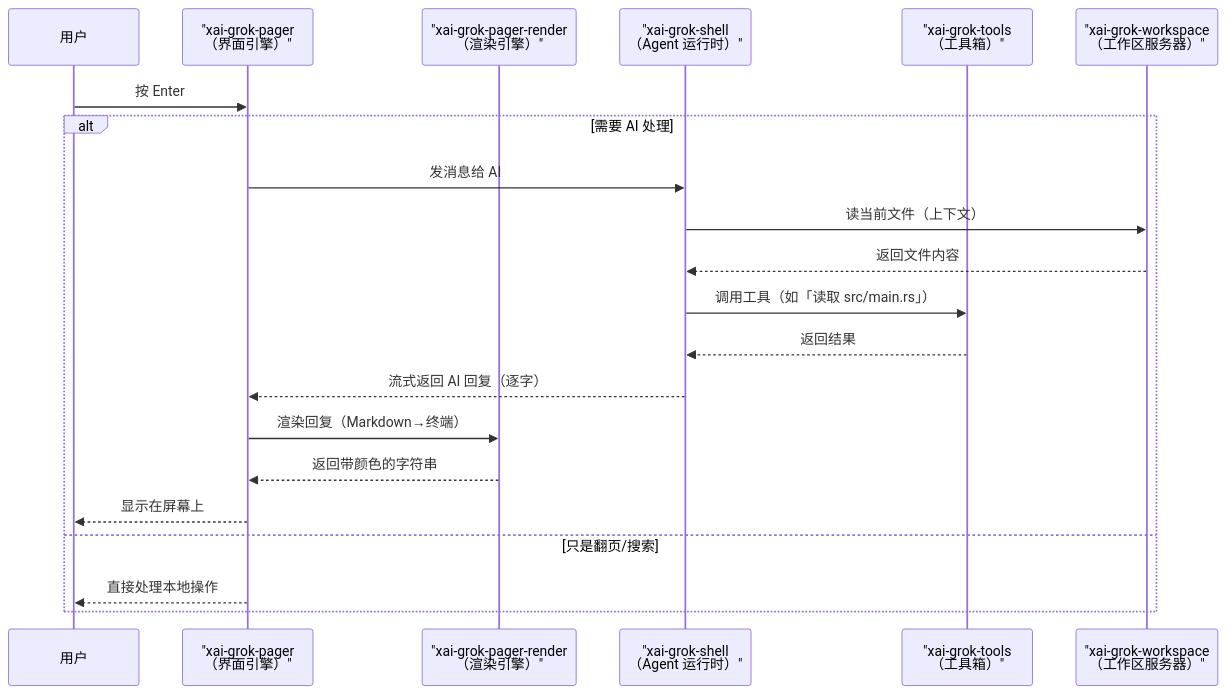
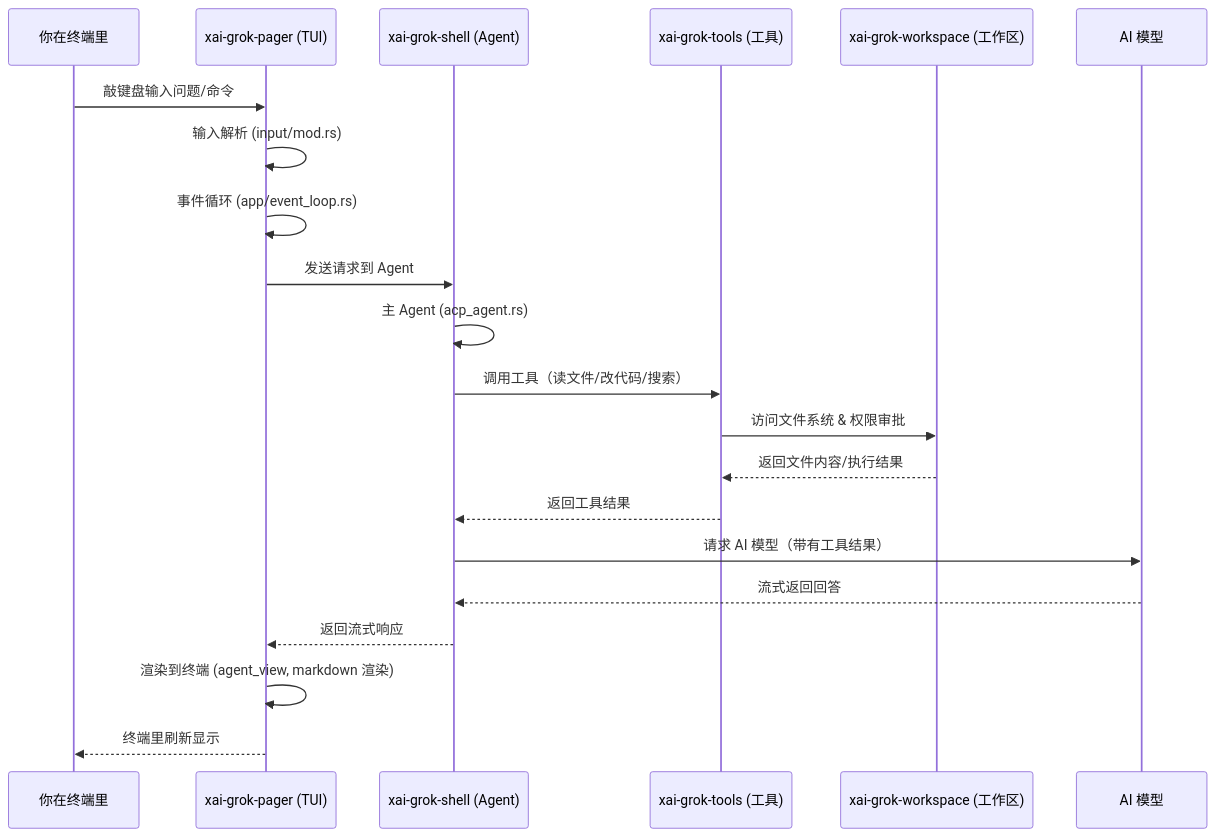
The second of 2 diagrams in 01-overview.md (linearuncle/grok-build-wiki), drawn with Mermaid before and after one commit. The commit also changed other lines of this file and 24 other files, not shown here.

Commit message:
重生成：新首页设计（生成时间+紧凑分区表）+ mermaid 检查清单 + 占位符渲染方案

````diff
--- a/01-overview.md
+++ b/01-overview.md
@@ -53,24 +122,24 @@
 ```mermaid
 sequenceDiagram
-    participant User as 用户
-    participant Pager as "xai-grok-pager<br/>（界面引擎）"
-    participant Render as "xai-grok-pager-render<br/>（渲染引擎）"
-    participant Shell as "xai-grok-shell<br/>（Agent 运行时）"
-    participant Tools as "xai-grok-tools<br/>（工具箱）"
-    participant Workspace as "xai-grok-workspace<br/>（工作区服务器）"
-
-    User->>Pager: 按 Enter
-    alt 需要 AI 处理
-        Pager->>Shell: 发消息给 AI
-        Shell->>Workspace: 读当前文件（上下文）
-        Workspace-->>Shell: 返回文件内容
-        Shell->>Tools: 调用工具（如「读取 src/main.rs」）
-        Tools-->>Shell: 返回结果
-        Shell-->>Pager: 流式返回 AI 回复（逐字）
-        Pager->>Render: 渲染回复（Markdown→终端）
-        Render-->>Pager: 返回带颜色的字符串
-        Pager-->>User: 显示在屏幕上
-    else 只是翻页/搜索
-        Pager-->>User: 直接处理本地操作
-    end
+    participant U as 你在终端里
+    participant P as xai-grok-pager (TUI)
+    participant S as xai-grok-shell (Agent)
+    participant T as xai-grok-tools (工具)
+    participant W as xai-grok-workspace (工作区)
+    participant M as AI 模型
+    
+    U->>P: 敲键盘输入问题/命令
+    P->>P: 输入解析 (input/mod.rs)
+    P->>P: 事件循环 (app/event_loop.rs)
+    P->>S: 发送请求到 Agent
+    S->>S: 主 Agent (acp_agent.rs)
+    S->>T: 调用工具（读文件/改代码/搜索）
+    T->>W: 访问文件系统 & 权限审批
+    W-->>T: 返回文件内容/执行结果
+    T-->>S: 返回工具结果
+    S->>M: 请求 AI 模型（带有工具结果）
+    M-->>S: 流式返回回答
+    S-->>P: 返回流式响应
+    P->>P: 渲染到终端 (agent_view, markdown 渲染)
+    P-->>U: 终端里刷新显示
 ```
````
